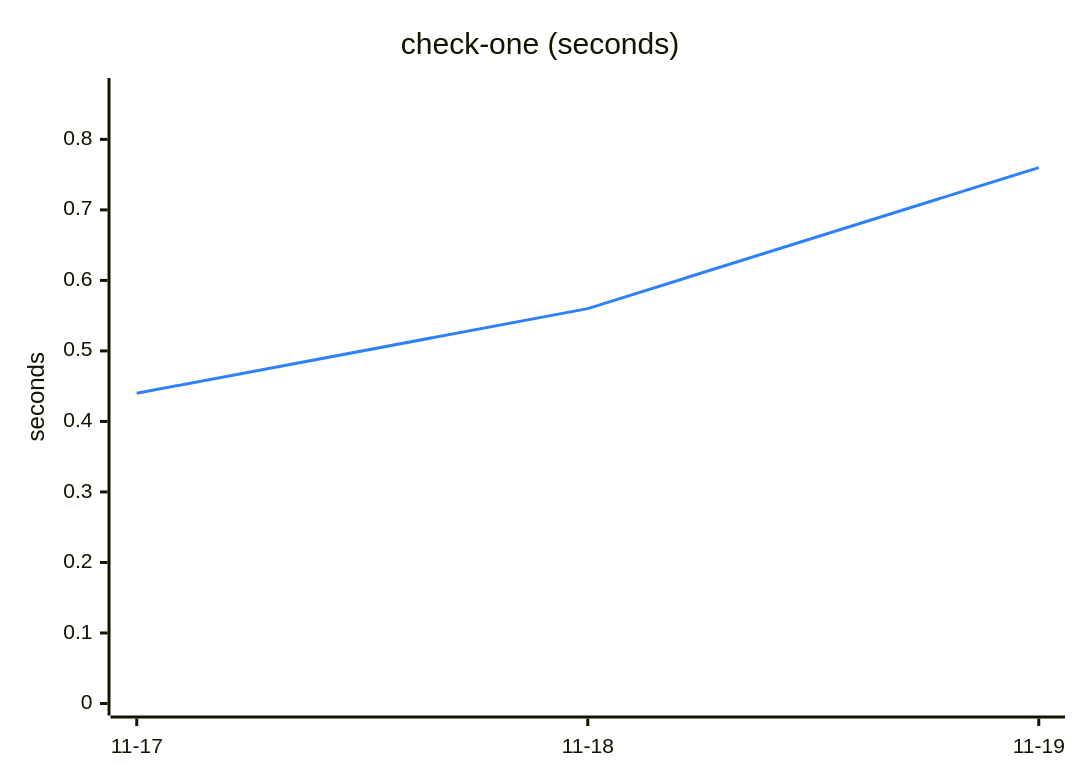
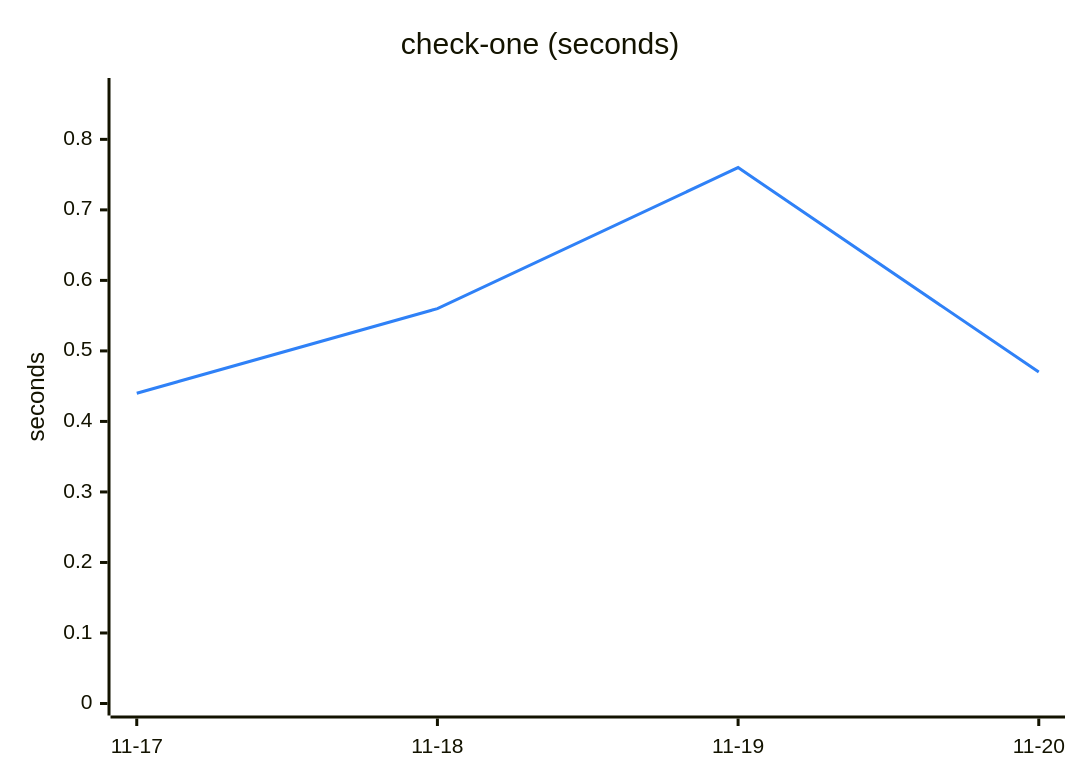
One commit to Ricovl/mxcli changed the fourth of 6 diagrams in TREND.md. Above: the diagram before and after it, drawn with Mermaid. The commit also changed other lines of this file and 2 other files, not shown here.

````diff
--- a/TREND.md
+++ b/TREND.md
@@ -97,13 +97,13 @@
 ```mermaid
 ---
 config:
   themeVariables:
     xyChart:
       plotColorPalette: "#2f81f7"
 ---
 xychart-beta
     title "check-one (seconds)"
-    x-axis ["11-17", "11-18", "11-19"]
+    x-axis ["11-17", "11-18", "11-19", "11-20"]
     y-axis "seconds" 0 --> 0.87
-    line [0.44, 0.56, 0.76]
+    line [0.44, 0.56, 0.76, 0.47]
 ```
````
